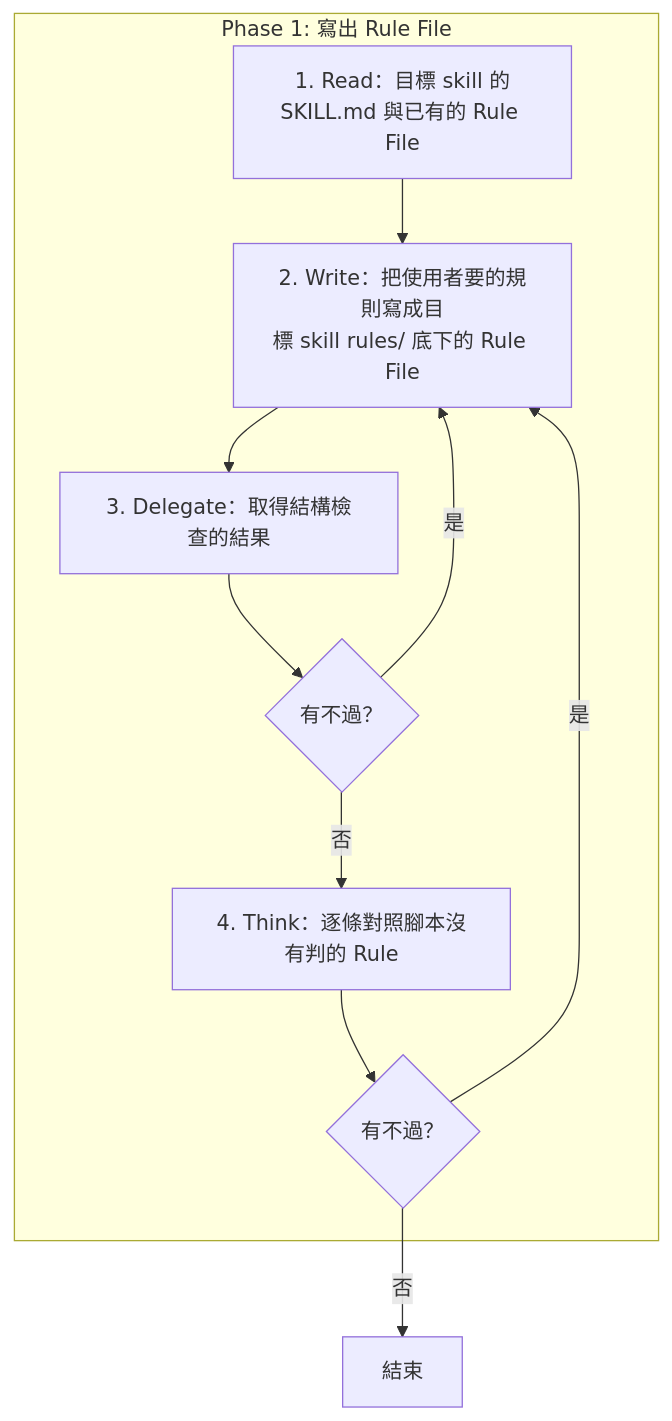
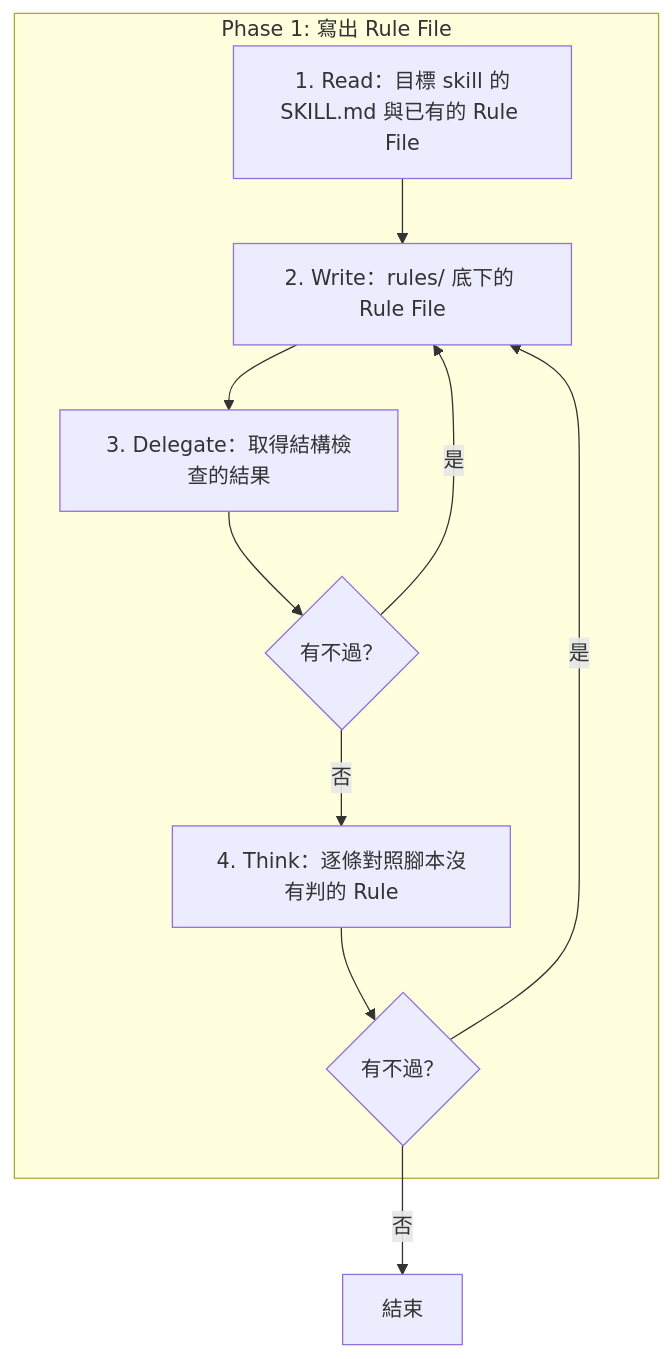
The diagram in .agents/skills/skill-form-rule/SKILL.md (AI-x-BDD/BDGG-Dev-Skills), drawn with Mermaid before and after one commit. The commit also changed other lines of this file and 31 other files, not shown here.

````diff
--- a/.agents/skills/skill-form-rule/SKILL.md
+++ b/.agents/skills/skill-form-rule/SKILL.md
@@ -17,20 +17,20 @@
 ```mermaid
 flowchart TD
     subgraph P1["Phase 1: 寫出 Rule File"]
         P1S1["1. Read：目標 skill 的<br/>SKILL.md 與已有的 Rule File"]
-        P1S2["2. Write：把使用者要的規則寫成目<br/>標 skill rules/ 底下的 Rule File"]
+        P1S2["2. Write：rules/ 底下的 Rule File"]
         P1S3["3. Delegate：取得結構檢查的結果"]
         G_P1S3_1{"有不過？"}
         P1S4["4. Think：逐條對照腳本沒有判的 Rule"]
         G_P1S4_1{"有不過？"}
     end
     End["結束"]
     P1S1 --> P1S2
     P1S2 --> P1S3
     P1S3 --> G_P1S3_1
     G_P1S3_1 -->|是| P1S2
     G_P1S3_1 -->|否| P1S4
     P1S4 --> G_P1S4_1
     G_P1S4_1 -->|是| P1S2
     G_P1S4_1 -->|否| End
 ```
````
